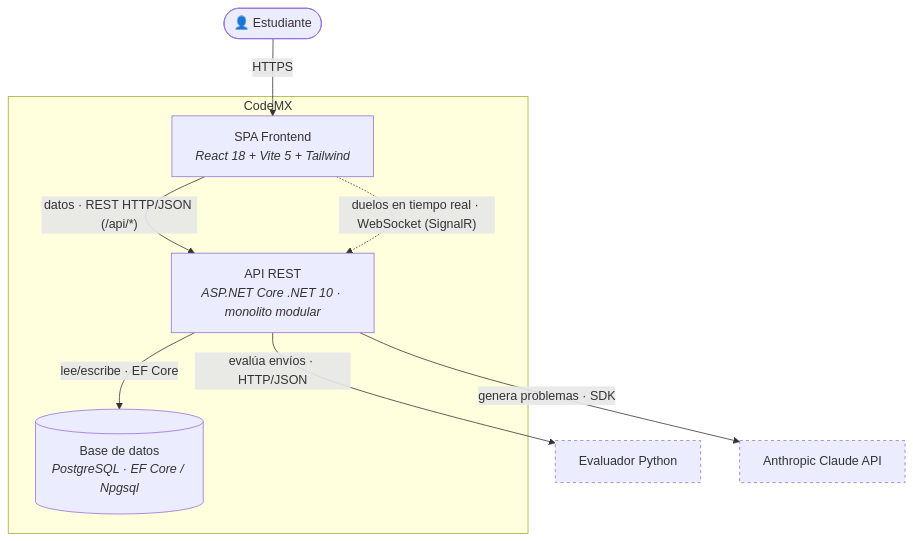
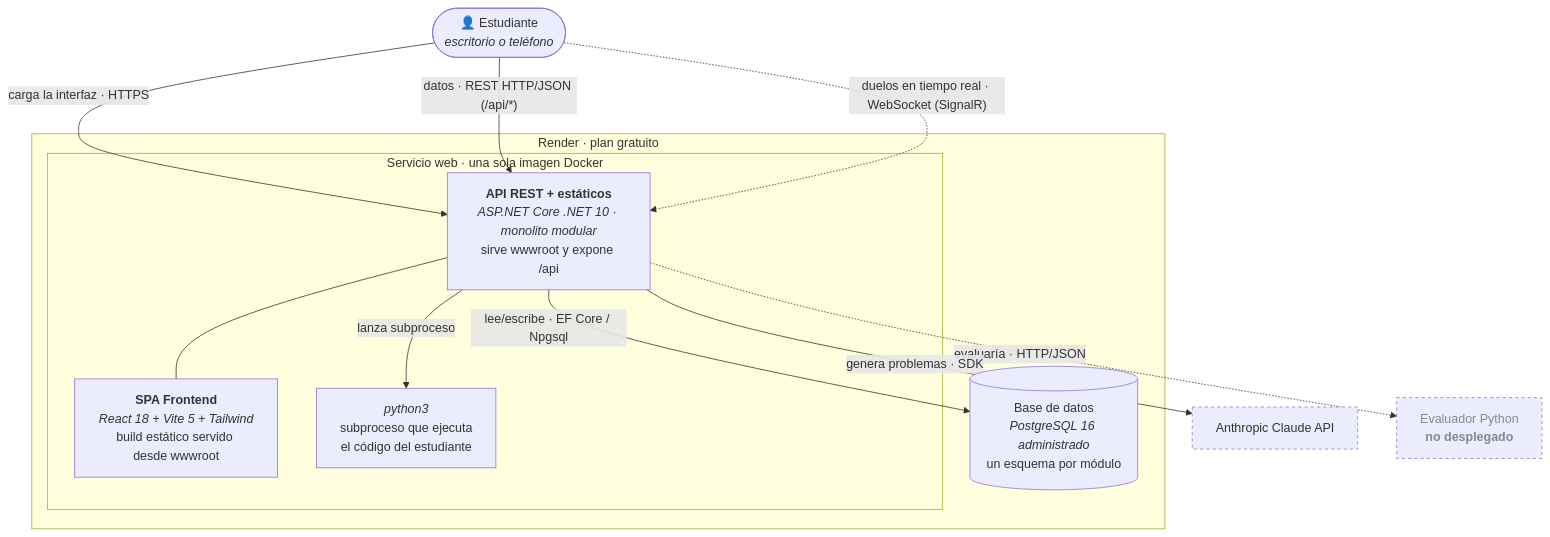
The third of 4 diagrams in README.md (Cab5ter/CodeMX-), drawn with Mermaid before and after one commit. The commit also changed other lines of this file and 11 other files, not shown here.

````diff
--- a/README.md
+++ b/README.md
@@ -352,23 +363,30 @@
 ```mermaid
 flowchart TB
-    est(["👤 Estudiante"])
+    est(["👤 Estudiante<br/><i>escritorio o teléfono</i>"])
 
-    subgraph codemx["CodeMX"]
-        spa["SPA Frontend<br/><i>React 18 + Vite 5 + Tailwind</i>"]
-        api["API REST<br/><i>ASP.NET Core .NET 10 · monolito modular</i>"]
-        db[("Base de datos<br/><i>PostgreSQL · EF Core / Npgsql</i>")]
+    subgraph render["Render · plan gratuito"]
+        subgraph imagen["Servicio web · una sola imagen Docker"]
+            api["<b>API REST + estáticos</b><br/><i>ASP.NET Core .NET 10 · monolito modular</i><br/>sirve wwwroot y expone /api"]
+            spa["<b>SPA Frontend</b><br/><i>React 18 + Vite 5 + Tailwind</i><br/>build estático servido desde wwwroot"]
+            py["<i>python3</i><br/>subproceso que ejecuta<br/>el código del estudiante"]
+        end
+        db[("Base de datos<br/><i>PostgreSQL 16 administrado</i><br/>un esquema por módulo")]
     end
 
-    pyeval["Evaluador Python"]
     claude["Anthropic Claude API"]
+    pyeval["Evaluador Python<br/><b>no desplegado</b>"]
 
-    est -->|"HTTPS"| spa
-    spa -->|"datos · REST HTTP/JSON (/api/*)"| api
-    spa -.->|"duelos en tiempo real · WebSocket (SignalR)"| api
-    api -->|"lee/escribe · EF Core"| db
-    api -->|"evalúa envíos · HTTP/JSON"| pyeval
+    est -->|"carga la interfaz · HTTPS"| api
+    api --- spa
+    est -->|"datos · REST HTTP/JSON (/api/*)"| api
+    est -.->|"duelos en tiempo real · WebSocket (SignalR)"| api
+    api -->|"lee/escribe · EF Core / Npgsql"| db
+    api -->|"lanza subproceso"| py
+    api -.->|"evaluaría · HTTP/JSON"| pyeval
     api -->|"genera problemas · SDK"| claude
 
     classDef ext stroke-dasharray:4 4;
-    class pyeval,claude ext;
+    classDef off stroke-dasharray:4 4,color:#888;
+    class claude ext;
+    class pyeval off;
 ```
````
